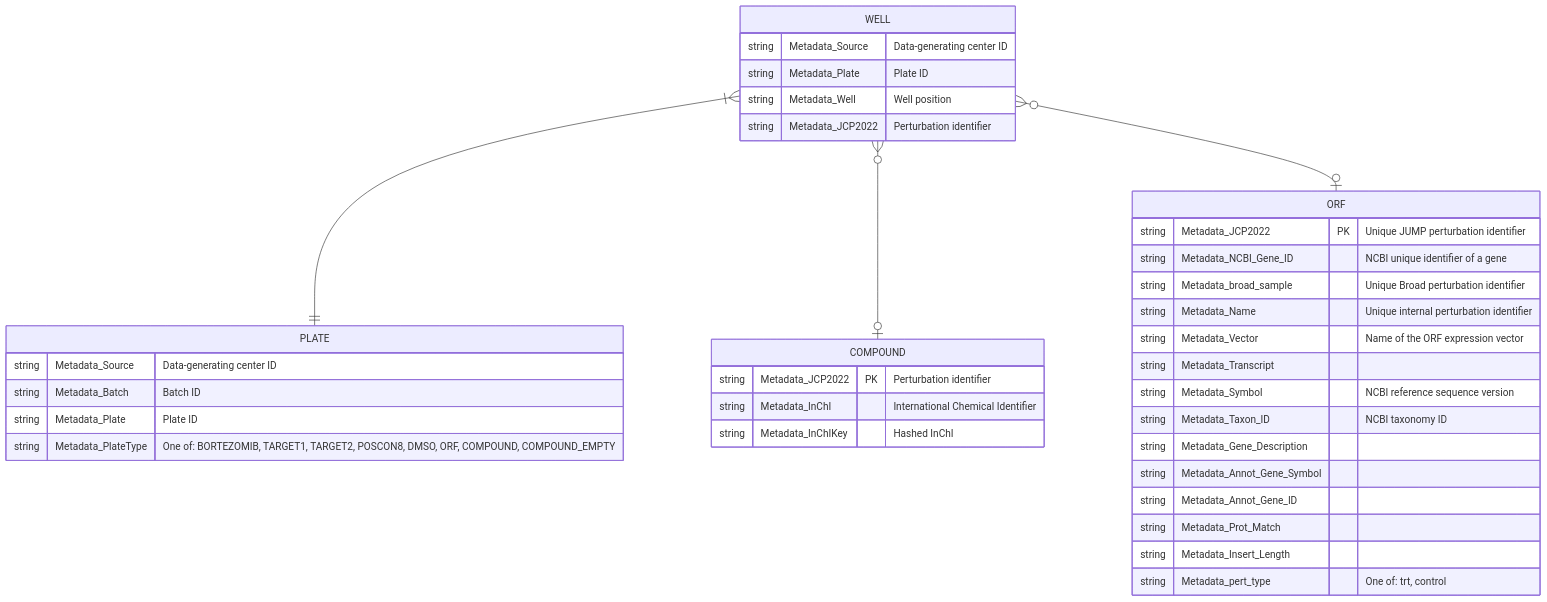
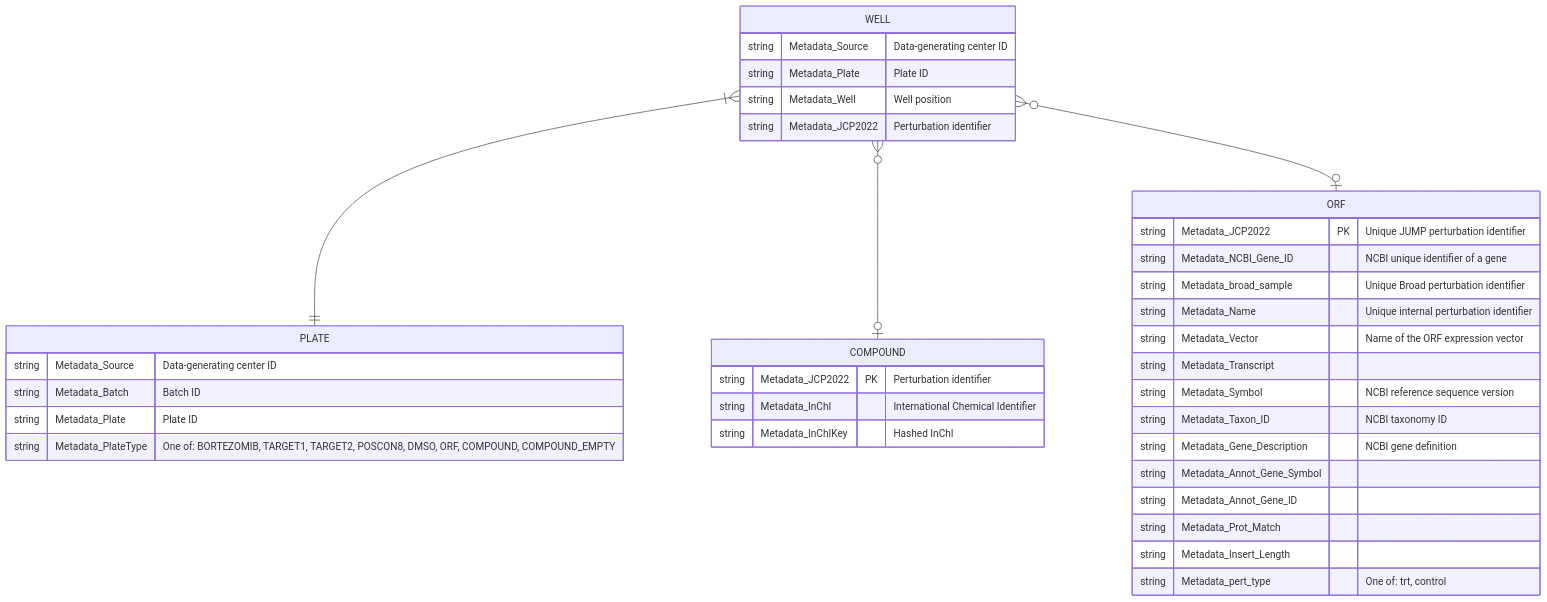
Before and after one commit to jump-cellpainting/datasets: the diagram in metadata/README.md, drawn with Mermaid.

````diff
--- a/metadata/README.md
+++ b/metadata/README.md
@@ -6,39 +6,39 @@
 ```mermaid
 erDiagram
     WELL }|--|| PLATE : ""
     WELL {
         string Metadata_Source "Data-generating center ID"
         string Metadata_Plate "Plate ID"
         string Metadata_Well "Well position"
         string Metadata_JCP2022 "Perturbation identifier"
     }
     PLATE {
         string Metadata_Source "Data-generating center ID"
         string Metadata_Batch "Batch ID"
         string Metadata_Plate "Plate ID"
         string Metadata_PlateType "One of: BORTEZOMIB, TARGET1, TARGET2, POSCON8, DMSO, ORF, COMPOUND, COMPOUND_EMPTY"
     }
     WELL }o--o| COMPOUND : ""
     COMPOUND {
         string Metadata_JCP2022 PK "Perturbation identifier"
         string Metadata_InChI "International Chemical Identifier"
         string Metadata_InChIKey "Hashed InChI"
     }
     WELL }o--o| ORF : ""
     ORF {
         string Metadata_JCP2022 PK "Unique JUMP perturbation identifier"
         string Metadata_NCBI_Gene_ID "NCBI unique identifier of a gene"
         string Metadata_broad_sample "Unique Broad perturbation identifier"
         string Metadata_Name "Unique internal perturbation identifier"
         string Metadata_Vector "Name of the ORF expression vector"
         string Metadata_Transcript ""
         string Metadata_Symbol "NCBI reference sequence version"
         string Metadata_Taxon_ID "NCBI taxonomy ID"
-        string Metadata_Gene_Description ""
+        string Metadata_Gene_Description "NCBI gene definition"
         string Metadata_Annot_Gene_Symbol ""
         string Metadata_Annot_Gene_ID ""
         string Metadata_Prot_Match ""
         string Metadata_Insert_Length ""
         string Metadata_pert_type "One of: trt, control"
     }
 ```
````
